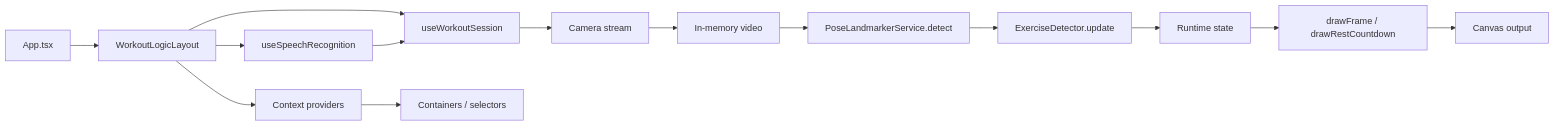
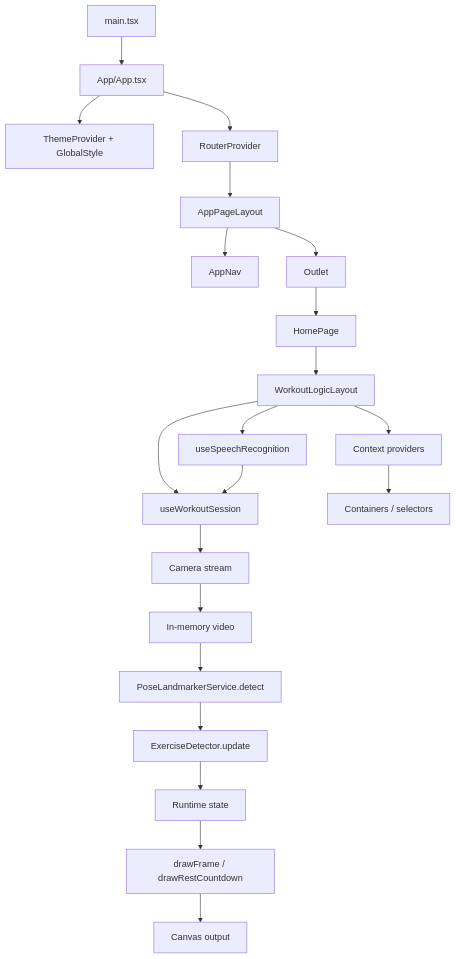
Before and after one commit to alexeyabretov00-eng/workout-counter-react: the diagram in docs/architecture.md, drawn with Mermaid. The commit also changed other lines of this file and 30 other files, not shown here.

First line of the commit message:
feat(routing): маршруты из pages/*/index.tsx, AppPageLayout и документация

````diff
--- a/docs/architecture.md
+++ b/docs/architecture.md
@@ -62,16 +75,23 @@
 ```mermaid
-flowchart LR
-  App[App.tsx] --> WLL[WorkoutLogicLayout]
+flowchart TB
+  Main[main.tsx] --> AppMod[App/App.tsx]
+  AppMod --> Theme[ThemeProvider + GlobalStyle]
+  AppMod --> R[RouterProvider]
+  R --> APL[AppPageLayout]
+  APL --> Nav[AppNav]
+  APL --> Out[Outlet]
+  Out --> Home[HomePage]
+  Home --> WLL[WorkoutLogicLayout]
   WLL --> Session[useWorkoutSession]
   WLL --> Speech[useSpeechRecognition]
   WLL --> Ctx[Context providers]
   Ctx --> Cont[Containers / selectors]
   Speech --> Session
   Session --> Camera[Camera stream]
   Camera --> Video[In-memory video]
   Video --> Pose[PoseLandmarkerService.detect]
   Pose --> Detector[ExerciseDetector.update]
   Detector --> Runtime[Runtime state]
   Runtime --> Draw[drawFrame / drawRestCountdown]
   Draw --> Canvas[Canvas output]
 ```
````
